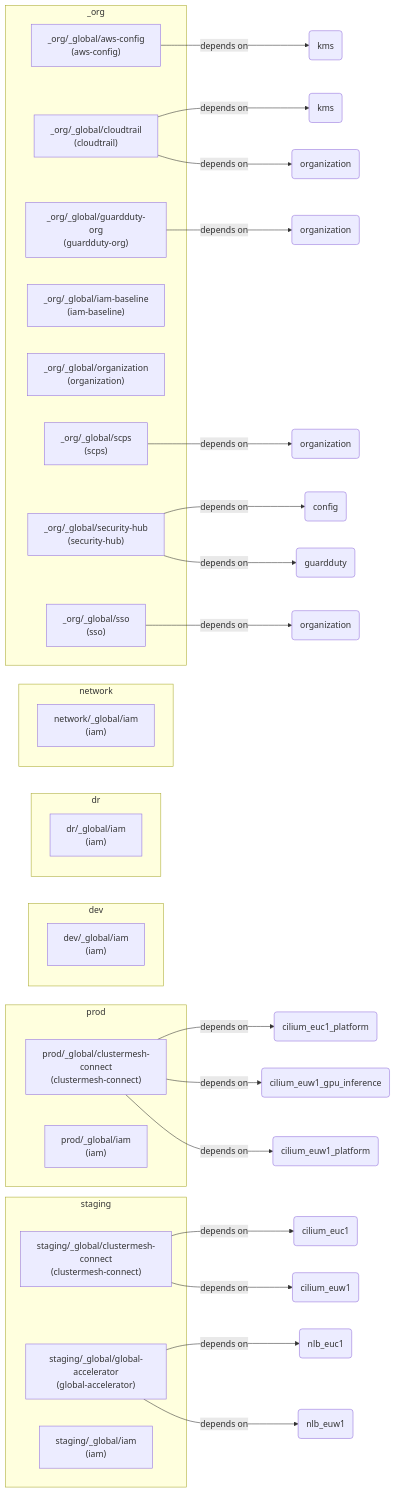
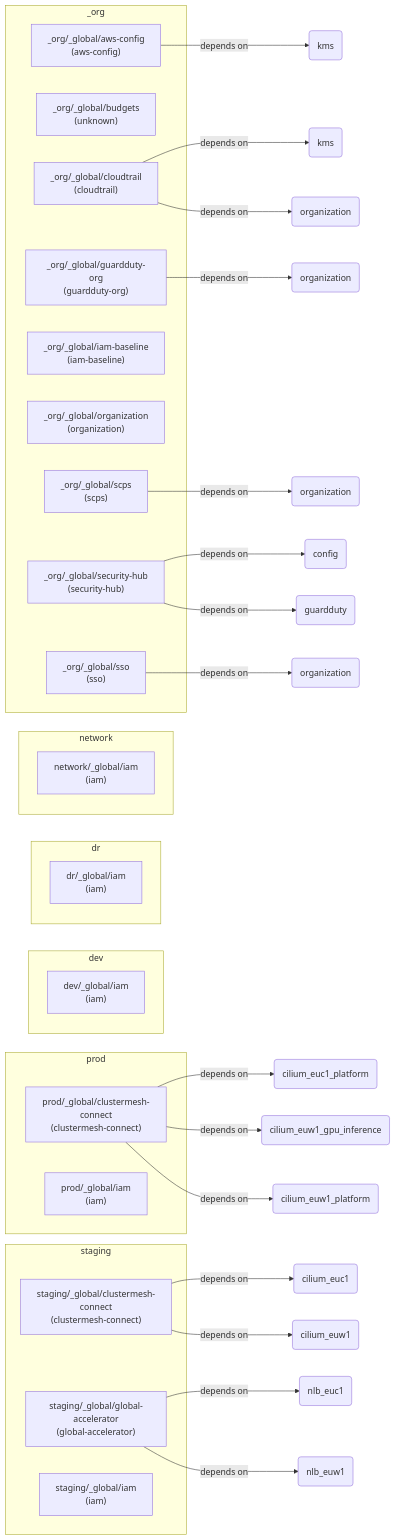
One commit to 100rd/platform-design changed the diagram in docs/diagrams/overall.md. Above: the diagram before and after it, drawn with Mermaid. The commit also changed 1 other file, not shown here.

Commit message:
docs: regenerate infrastructure diagrams

````diff
--- a/docs/diagrams/overall.md
+++ b/docs/diagrams/overall.md
@@ -7,46 +7,47 @@
 ```mermaid
 graph LR
   subgraph _org["_org"]
     _org__global_aws_config["_org/_global/aws-config<br/>(aws-config)"]
+    _org__global_budgets["_org/_global/budgets<br/>(unknown)"]
     _org__global_cloudtrail["_org/_global/cloudtrail<br/>(cloudtrail)"]
     _org__global_guardduty_org["_org/_global/guardduty-org<br/>(guardduty-org)"]
     _org__global_iam_baseline["_org/_global/iam-baseline<br/>(iam-baseline)"]
     _org__global_organization["_org/_global/organization<br/>(organization)"]
     _org__global_scps["_org/_global/scps<br/>(scps)"]
     _org__global_security_hub["_org/_global/security-hub<br/>(security-hub)"]
     _org__global_sso["_org/_global/sso<br/>(sso)"]
   end
   subgraph dev["dev"]
     dev__global_iam["dev/_global/iam<br/>(iam)"]
   end
   subgraph dr["dr"]
     dr__global_iam["dr/_global/iam<br/>(iam)"]
   end
   subgraph network["network"]
     network__global_iam["network/_global/iam<br/>(iam)"]
   end
   subgraph prod["prod"]
     prod__global_clustermesh_connect["prod/_global/clustermesh-connect<br/>(clustermesh-connect)"]
     prod__global_iam["prod/_global/iam<br/>(iam)"]
   end
   subgraph staging["staging"]
     staging__global_clustermesh_connect["staging/_global/clustermesh-connect<br/>(clustermesh-connect)"]
     staging__global_global_accelerator["staging/_global/global-accelerator<br/>(global-accelerator)"]
     staging__global_iam["staging/_global/iam<br/>(iam)"]
   end
   _org__global_aws_config -->|depends on| _org__global_aws_config__dep__kms(kms)
   _org__global_cloudtrail -->|depends on| _org__global_cloudtrail__dep__kms(kms)
   _org__global_cloudtrail -->|depends on| _org__global_cloudtrail__dep__organization(organization)
   _org__global_guardduty_org -->|depends on| _org__global_guardduty_org__dep__organization(organization)
   _org__global_scps -->|depends on| _org__global_scps__dep__organization(organization)
   _org__global_security_hub -->|depends on| _org__global_security_hub__dep__config(config)
   _org__global_security_hub -->|depends on| _org__global_security_hub__dep__guardduty(guardduty)
   _org__global_sso -->|depends on| _org__global_sso__dep__organization(organization)
   prod__global_clustermesh_connect -->|depends on| prod__global_clustermesh_connect__dep__cilium_euc1_platform(cilium_euc1_platform)
   prod__global_clustermesh_connect -->|depends on| prod__global_clustermesh_connect__dep__cilium_euw1_gpu_inference(cilium_euw1_gpu_inference)
   prod__global_clustermesh_connect -->|depends on| prod__global_clustermesh_connect__dep__cilium_euw1_platform(cilium_euw1_platform)
   staging__global_clustermesh_connect -->|depends on| staging__global_clustermesh_connect__dep__cilium_euc1(cilium_euc1)
   staging__global_clustermesh_connect -->|depends on| staging__global_clustermesh_connect__dep__cilium_euw1(cilium_euw1)
   staging__global_global_accelerator -->|depends on| staging__global_global_accelerator__dep__nlb_euc1(nlb_euc1)
   staging__global_global_accelerator -->|depends on| staging__global_global_accelerator__dep__nlb_euw1(nlb_euw1)
 ```
````
